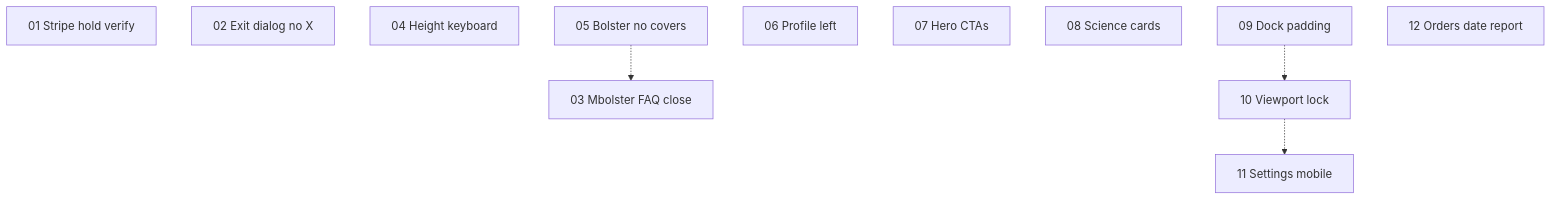
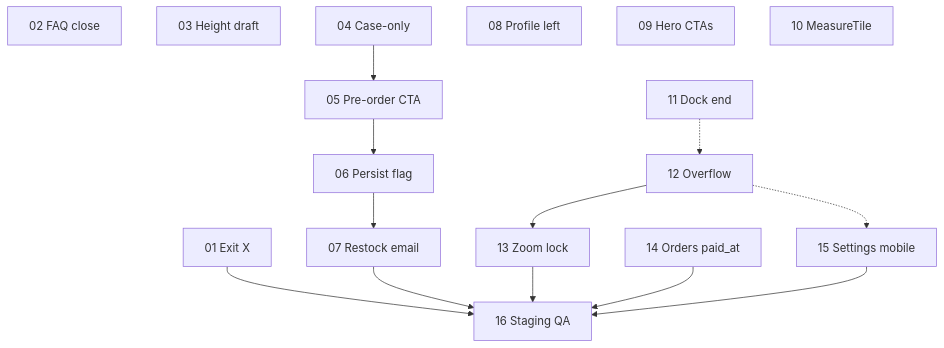
The diagram in .claude/PRD-ux-polish-jul2026/issues/README.md (ivanyeors/mp), drawn with Mermaid before and after one commit. The commit also changed other lines of this file and 29 other files, not shown here.

````diff
--- a/.claude/PRD-ux-polish-jul2026/issues/README.md
+++ b/.claude/PRD-ux-polish-jul2026/issues/README.md
@@ -26,18 +30,30 @@
 ```mermaid
-graph TD
-  s01[01 Stripe hold verify]
-  s02[02 Exit dialog no X]
-  s03[03 Mbolster FAQ close]
-  s04[04 Height keyboard]
-  s05[05 Bolster no covers]
-  s06[06 Profile left]
-  s07[07 Hero CTAs]
-  s08[08 Science cards]
-  s09[09 Dock padding]
-  s10[10 Viewport lock]
-  s11[11 Settings mobile]
-  s12[12 Orders date report]
-  s09 -.-> s10
-  s10 -.-> s11
-  s05 -.-> s03
+flowchart TB
+  s01[01 Exit X]
+  s02[02 FAQ close]
+  s03[03 Height draft]
+  s04[04 Case-only]
+  s05[05 Pre-order CTA]
+  s06[06 Persist flag]
+  s07[07 Restock email]
+  s08[08 Profile left]
+  s09[09 Hero CTAs]
+  s10[10 MeasureTile]
+  s11[11 Dock end]
+  s12[12 Overflow]
+  s13[13 Zoom lock]
+  s14[14 Orders paid_at]
+  s15[15 Settings mobile]
+  s16[16 Staging QA]
+  s04 --> s05
+  s05 --> s06
+  s06 --> s07
+  s11 -.-> s12
+  s12 --> s13
+  s12 -.-> s15
+  s01 --> s16
+  s07 --> s16
+  s13 --> s16
+  s14 --> s16
+  s15 --> s16
 ```
````
